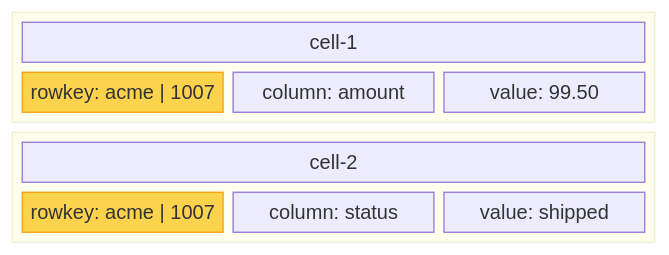
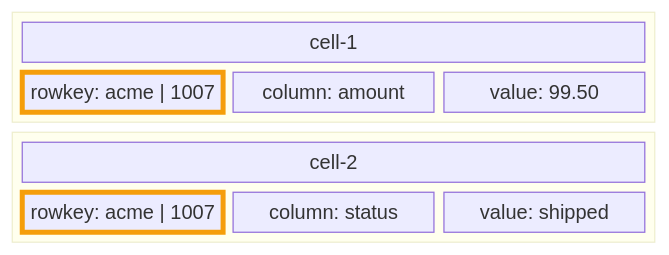
One commit to palashc/palashc.github.io changed the second of 3 diagrams in src/content/blog/phoenix-fundamentals/phoenix-in-hbase.md. Above: the diagram before and after it, drawn with Mermaid. The commit also changed other lines of this file and 21 other files, not shown here.

````diff
--- a/src/content/blog/phoenix-fundamentals/phoenix-in-hbase.md
+++ b/src/content/blog/phoenix-fundamentals/phoenix-in-hbase.md
@@ -78,16 +78,16 @@
 ```mermaid
 block-beta
   columns 1
   block:cell1
     columns 3
     t1["cell-1"]:3
     a1["rowkey: acme | 1007"] a2["column: amount"] a3["value: 99.50"]
   end
   block:cell2
     columns 3
     t2["cell-2"]:3
     b1["rowkey: acme | 1007"] b2["column: status"] b3["value: shipped"]
   end
-  style a1 fill:#fcd34d,color:#78350f,stroke:#f59e0b
-  style b1 fill:#fcd34d,color:#78350f,stroke:#f59e0b
+  style a1 stroke:#f59e0b,stroke-width:4px
+  style b1 stroke:#f59e0b,stroke-width:4px
 ```
````
